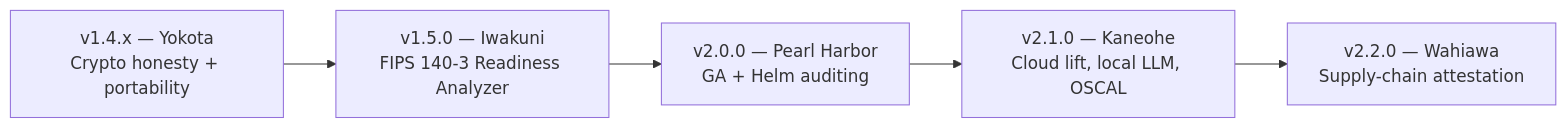
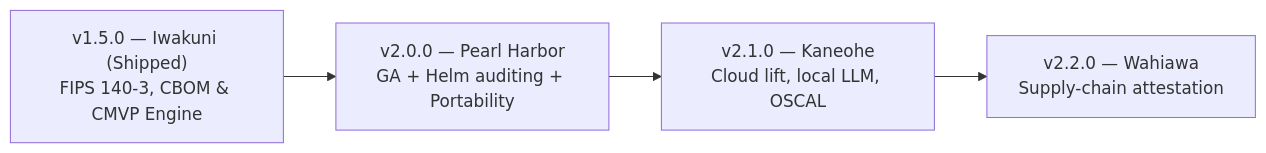
Before and after one commit to eodartintlabs-hue/grc-xmini-public: the diagram in hygiene/ROADMAP.md, drawn with Mermaid. The commit also changed other lines of this file and 33 other files, not shown here.

Commit message:
Release v1.5.0 (Iwakuni): FIPS 140-3 discovery, CBOM, offline CMVP engine, Finding Schema v1.0.0, and Triad v1.5.0 sync

````diff
--- a/hygiene/ROADMAP.md
+++ b/hygiene/ROADMAP.md
@@ -30,7 +30,6 @@
 ```mermaid
 flowchart LR
-    A["v1.4.x — Yokota<br/>Crypto honesty + portability"] --> I["v1.5.0 — Iwakuni<br/>FIPS 140-3 Readiness Analyzer"]
-    I --> B["v2.0.0 — Pearl Harbor<br/>GA + Helm auditing"]
+    I["v1.5.0 — Iwakuni (Shipped)<br/>FIPS 140-3, CBOM & CMVP Engine"] --> B["v2.0.0 — Pearl Harbor<br/>GA + Helm auditing + Portability"]
     B --> C["v2.1.0 — Kaneohe<br/>Cloud lift, local LLM, OSCAL"]
     C --> D["v2.2.0 — Wahiawa<br/>Supply-chain attestation"]
 ```
````
